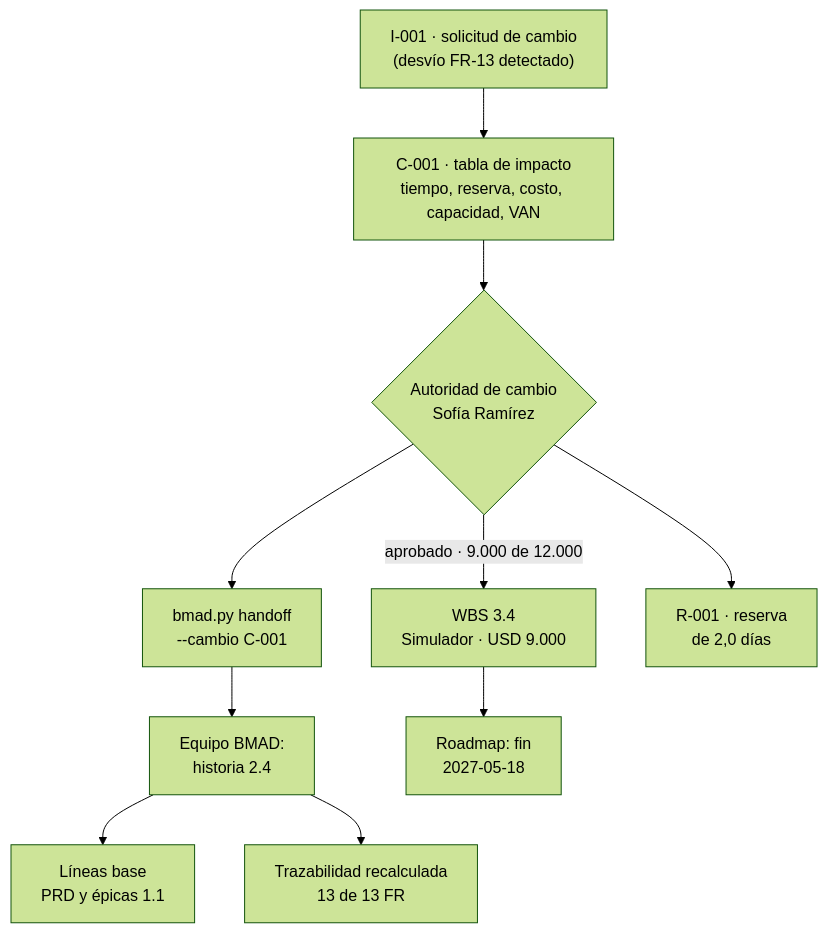
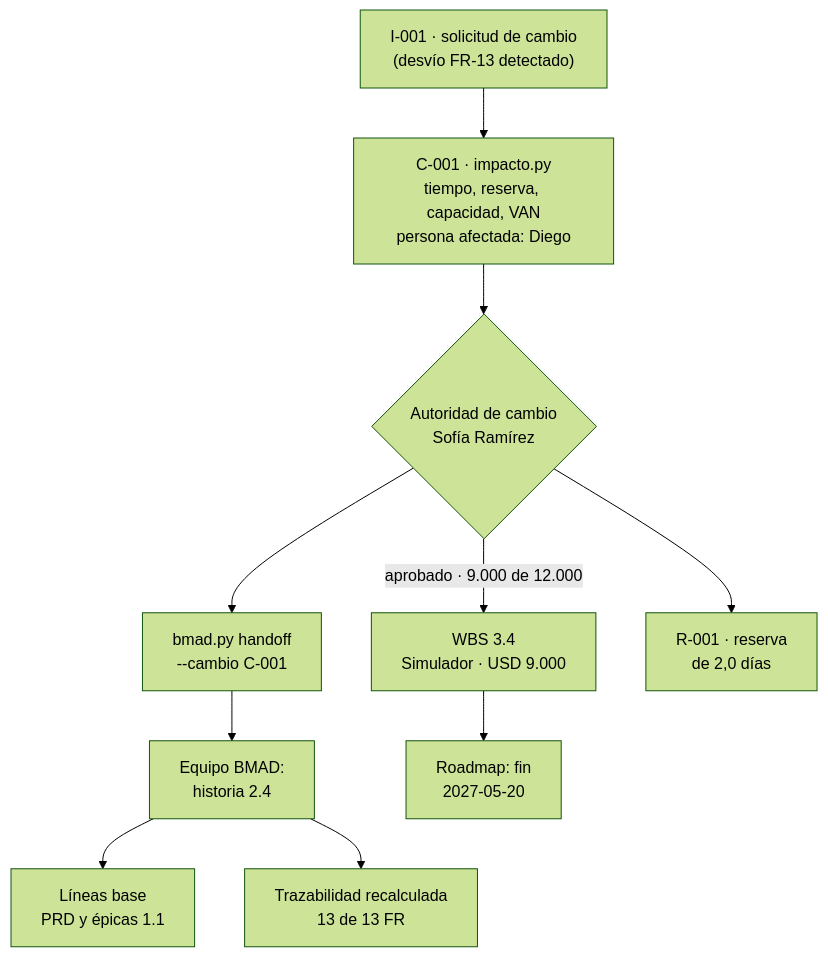
The fifth of 6 diagrams in docs/guias/E2E-2-alcance-roadmap.md (Arturo-Penas-Rial/pm-method), drawn with Mermaid (forest theme) before and after one commit. The commit also changed other lines of this file and 284 other files, not shown here.

````diff
--- a/docs/guias/E2E-2-alcance-roadmap.md
+++ b/docs/guias/E2E-2-alcance-roadmap.md
@@ -750,12 +859,12 @@
 ```mermaid
 flowchart TB
-    i1["I-001 · solicitud de cambio<br/>(desvío FR-13 detectado)"] --> c1["C-001 · tabla de impacto<br/>tiempo, reserva, costo, capacidad, VAN"]
+    i1["I-001 · solicitud de cambio<br/>(desvío FR-13 detectado)"] --> c1["C-001 · impacto.py<br/>tiempo, reserva, capacidad, VAN<br/>persona afectada: Diego"]
     c1 --> dec{"Autoridad de cambio<br/>Sofía Ramírez"}
     dec -->|"aprobado · 9.000 de 12.000"| w34["WBS 3.4<br/>Simulador · USD 9.000"]
     dec --> h["bmad.py handoff<br/>--cambio C-001"]
     dec --> r1["R-001 · reserva<br/>de 2,0 días"]
     h --> bm["Equipo BMAD:<br/>historia 2.4"]
     bm --> lb["Líneas base<br/>PRD y épicas 1.1"]
     bm --> tz["Trazabilidad recalculada<br/>13 de 13 FR"]
-    w34 --> rm["Roadmap: fin<br/>2027-05-18"]
+    w34 --> rm["Roadmap: fin<br/>2027-05-20"]
 ```
````
